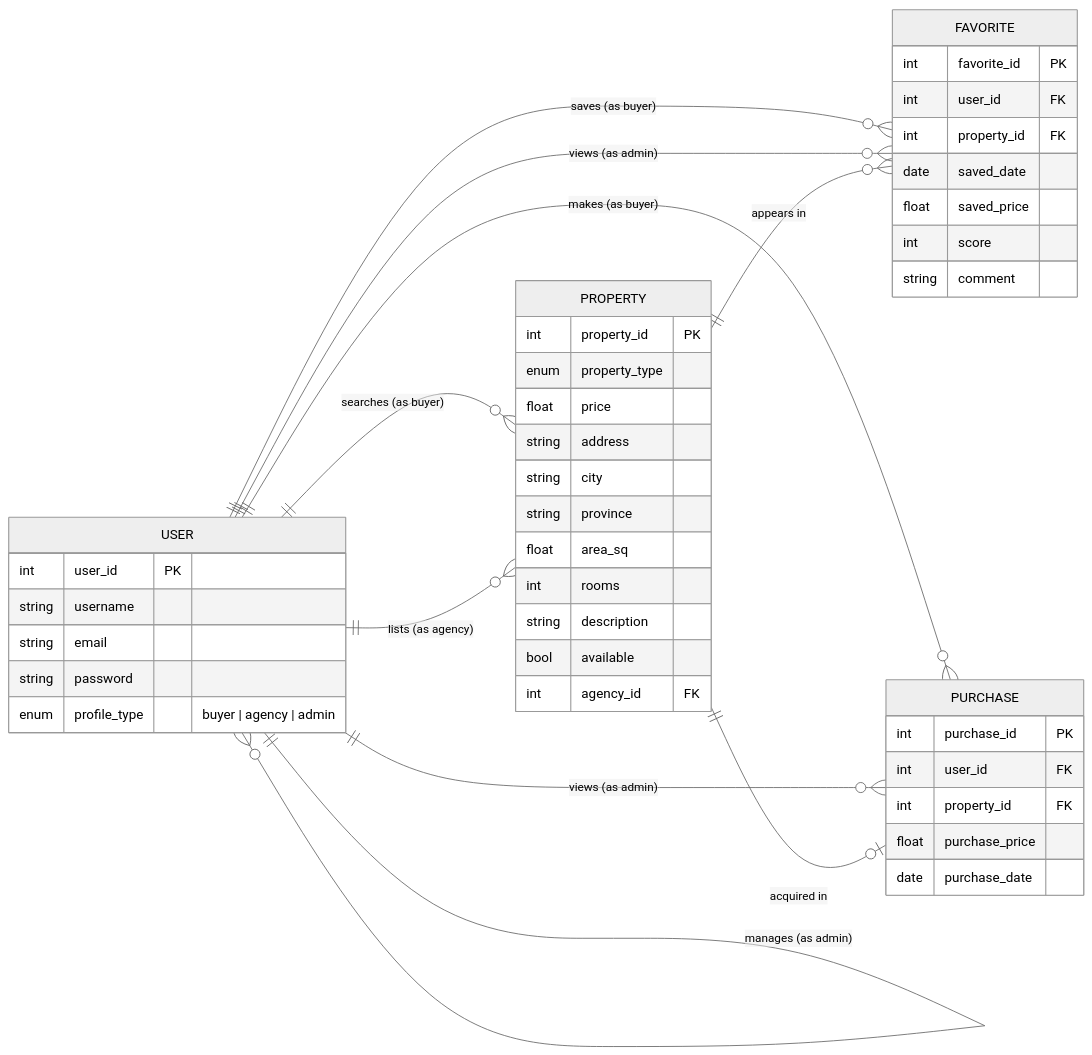
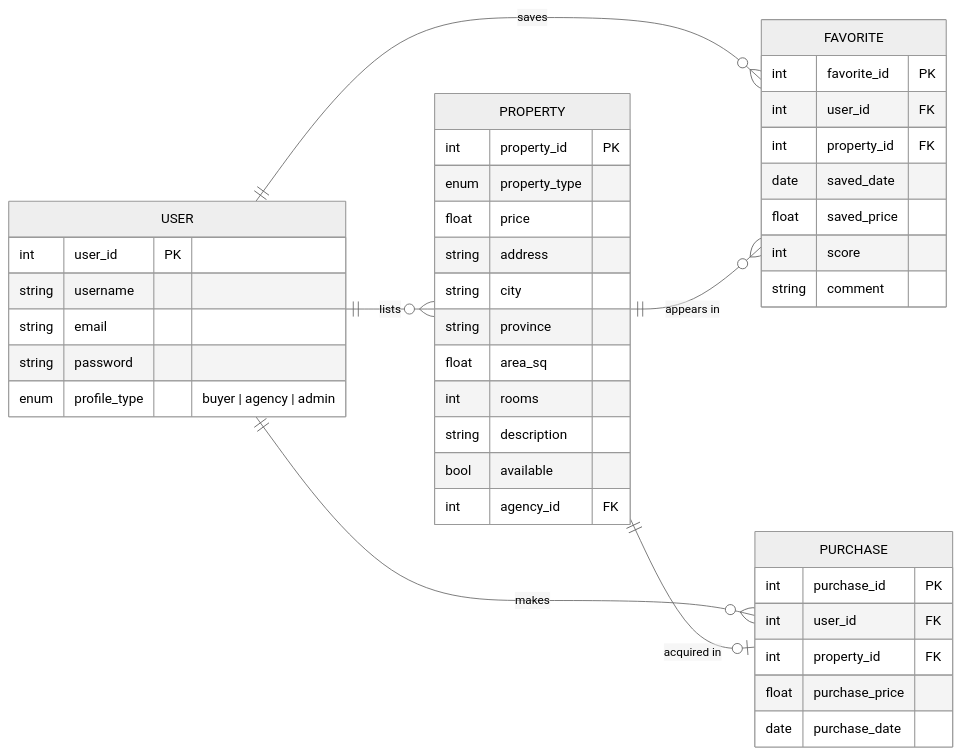
Before and after one commit to 2026c1-pdes-grupo4/.github: the diagram in DER.mmd, drawn with Mermaid (neutral theme).

Commit message:
model clean

```diff
--- a/DER.mmd
+++ b/DER.mmd
@@ -1,51 +1,47 @@
 erDiagram
 	direction LR
 	USER {
 		int user_id PK
 		string username
 		string email
 		string password
 		enum profile_type "buyer | agency | admin"
 	}
 
 	PROPERTY {
 		int property_id PK
 		enum property_type
 		float price
 		string address
 		string city
 		string province
 		float area_sq
 		int rooms
 		string description
 		bool available
 		int agency_id FK
 	}
 
 	FAVORITE {
 		int favorite_id PK
 		int user_id FK
 		int property_id FK
 		date saved_date
 		float saved_price
 		int score
 		string comment
 	}
 
 	PURCHASE {
 		int purchase_id PK
 		int user_id FK
 		int property_id FK
 		float purchase_price
 		date purchase_date
 	}
 
-	USER||--o{PROPERTY:"searches (as buyer)"
-	USER||--o{FAVORITE:"saves (as buyer)"
-	USER||--o{PURCHASE:"makes (as buyer)"
-	USER||--o{PROPERTY:"lists (as agency)"
-	USER||--o{USER:"manages (as admin)"
-	USER||--o{FAVORITE:"views (as admin)"
-	USER||--o{PURCHASE:"views (as admin)"
+	USER||--o{PROPERTY:"lists"
+	USER||--o{FAVORITE:"saves"
+	USER||--o{PURCHASE:"makes"
 	PROPERTY||--o{FAVORITE:"appears in"
 	PROPERTY||--o|PURCHASE:"acquired in"
```
